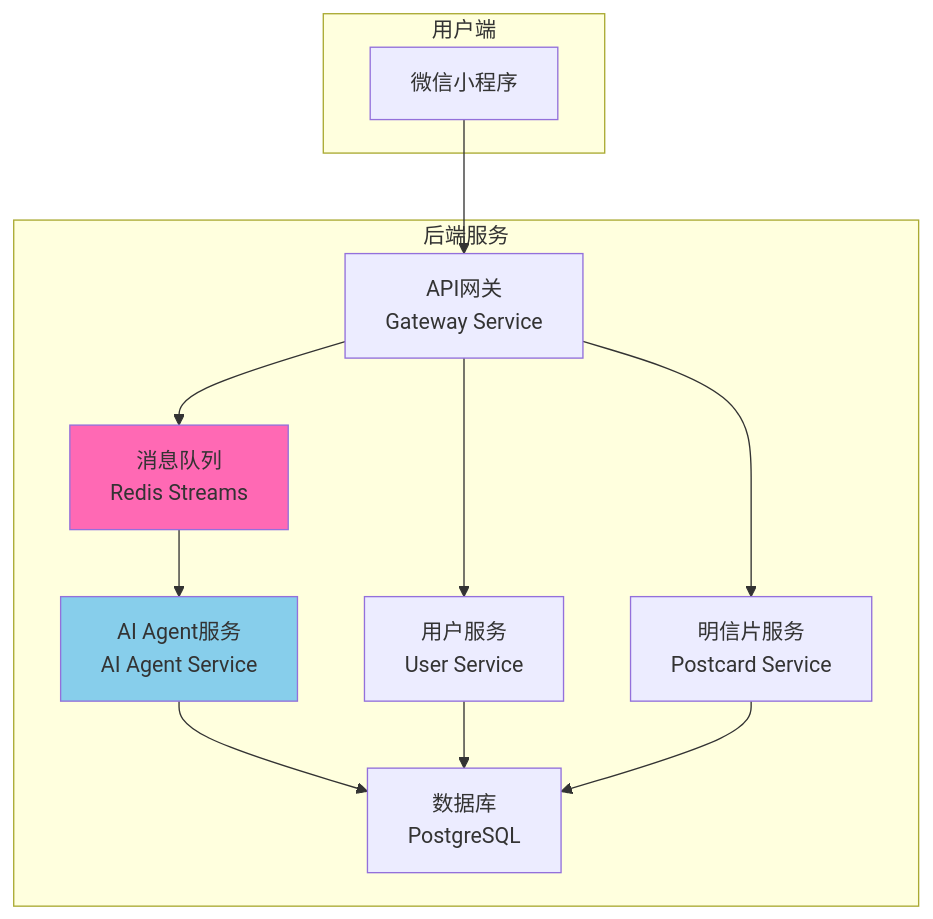
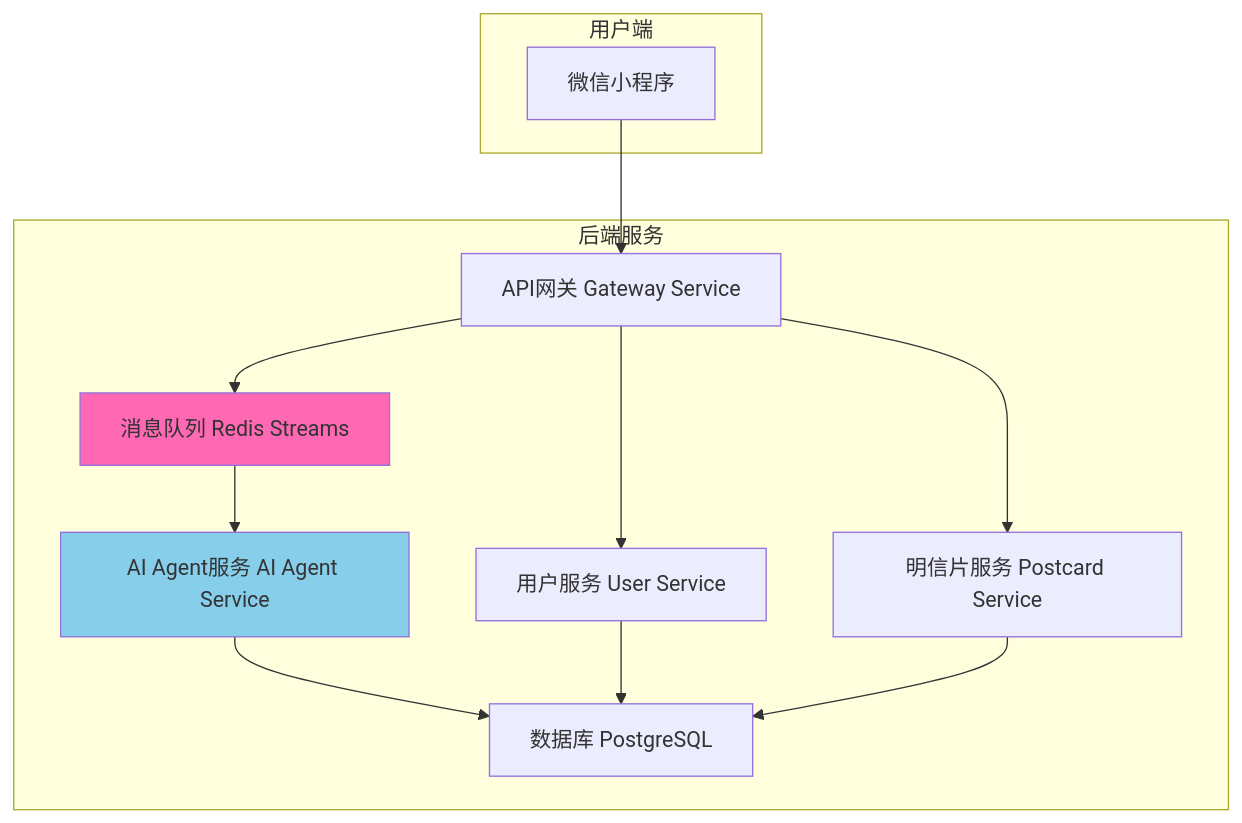
One commit to kobeee/ai-postcard changed the diagram in README.md. Above: the diagram before and after it, drawn with Mermaid. The commit also changed other lines of this file, not shown here.

````diff
--- a/README.md
+++ b/README.md
@@ -24,27 +7,27 @@
 ```mermaid
 graph TD
     subgraph "用户端"
-        A[微信小程序]
+        A["微信小程序"]
     end
-    
+
     subgraph "后端服务"
-        B[API网关<br/>Gateway Service]
-        C[用户服务<br/>User Service]
-        D[明信片服务<br/>Postcard Service]  
-        E[AI Agent服务<br/>AI Agent Service]
-        F[消息队列<br/>Redis Streams]
-        G[数据库<br/>PostgreSQL]
+        B["API网关 Gateway Service"]
+        C["用户服务 User Service"]
+        D["明信片服务 Postcard Service"]
+        E["AI Agent服务 AI Agent Service"]
+        F["消息队列 Redis Streams"]
+        G["数据库 PostgreSQL"]
     end
-    
+
     A --> B
     B --> C
     B --> D
     B --> F
     F --> E
     E --> G
     C --> G
     D --> G
-    
+
     style E fill:#87CEEB
     style F fill:#FF69B4
 ```
````
